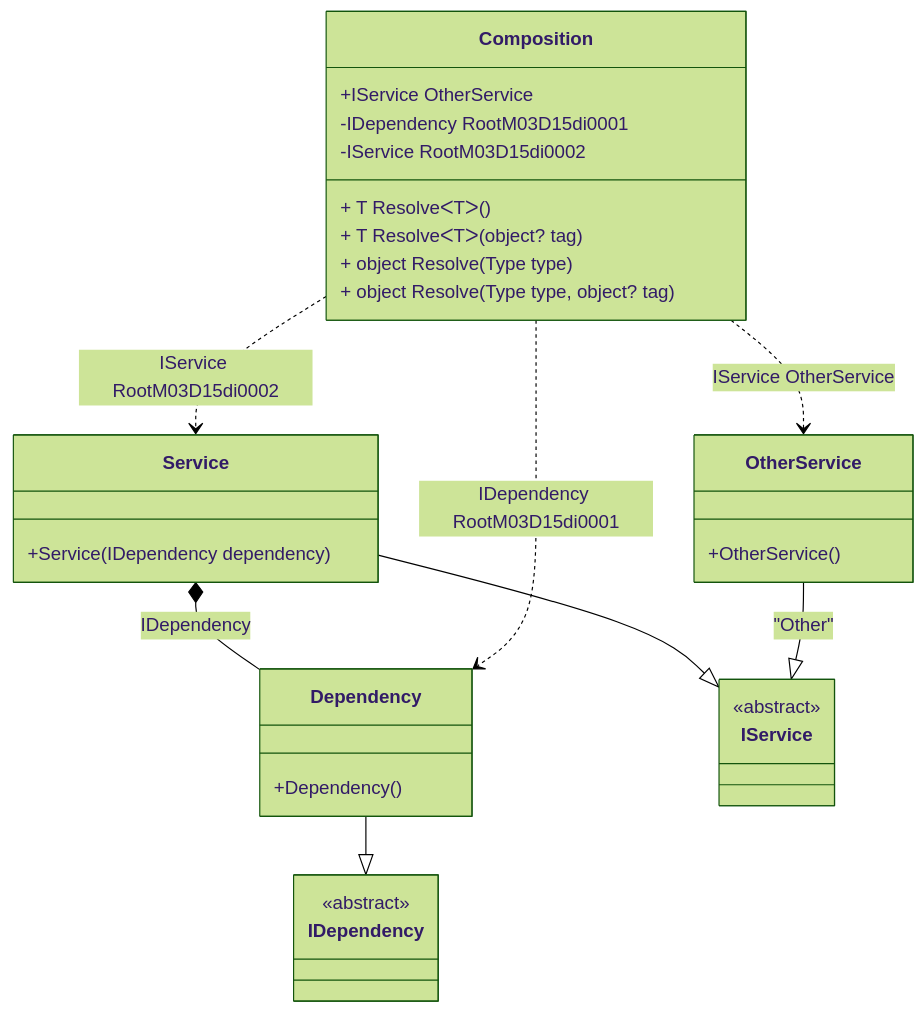
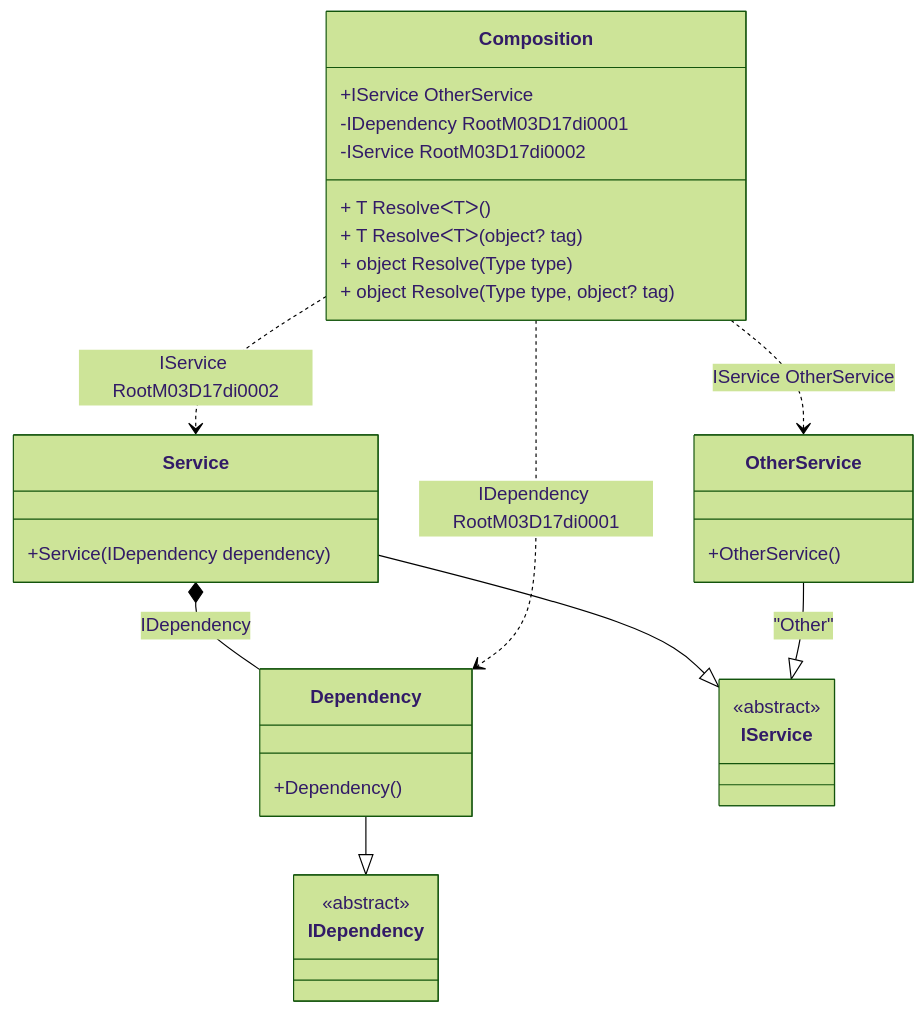
Before and after one commit to DevTeam/Pure.DI: the diagram in readme/resolve-methods.md, drawn with Mermaid (forest theme). The commit also changed other lines of this file and 76 other files, not shown here.

````diff
--- a/readme/resolve-methods.md
+++ b/readme/resolve-methods.md
@@ -45,34 +45,34 @@
 ```mermaid
 classDiagram
   class Composition {
     +IService OtherService
-    -IDependency RootM03D15di0001
-    -IService RootM03D15di0002
+    -IDependency RootM03D17di0001
+    -IService RootM03D17di0002
     + T ResolveᐸTᐳ()
     + T ResolveᐸTᐳ(object? tag)
     + object Resolve(Type type)
     + object Resolve(Type type, object? tag)
   }
   Dependency --|> IDependency : 
   class Dependency {
     +Dependency()
   }
   Service --|> IService : 
   class Service {
     +Service(IDependency dependency)
   }
   OtherService --|> IService : "Other" 
   class OtherService {
     +OtherService()
   }
   class IDependency {
     <<abstract>>
   }
   class IService {
     <<abstract>>
   }
   Service *--  Dependency : IDependency
-  Composition ..> Dependency : IDependency RootM03D15di0001
-  Composition ..> Service : IService RootM03D15di0002
+  Composition ..> Dependency : IDependency RootM03D17di0001
+  Composition ..> Service : IService RootM03D17di0002
   Composition ..> OtherService : IService OtherService
 ```
````
